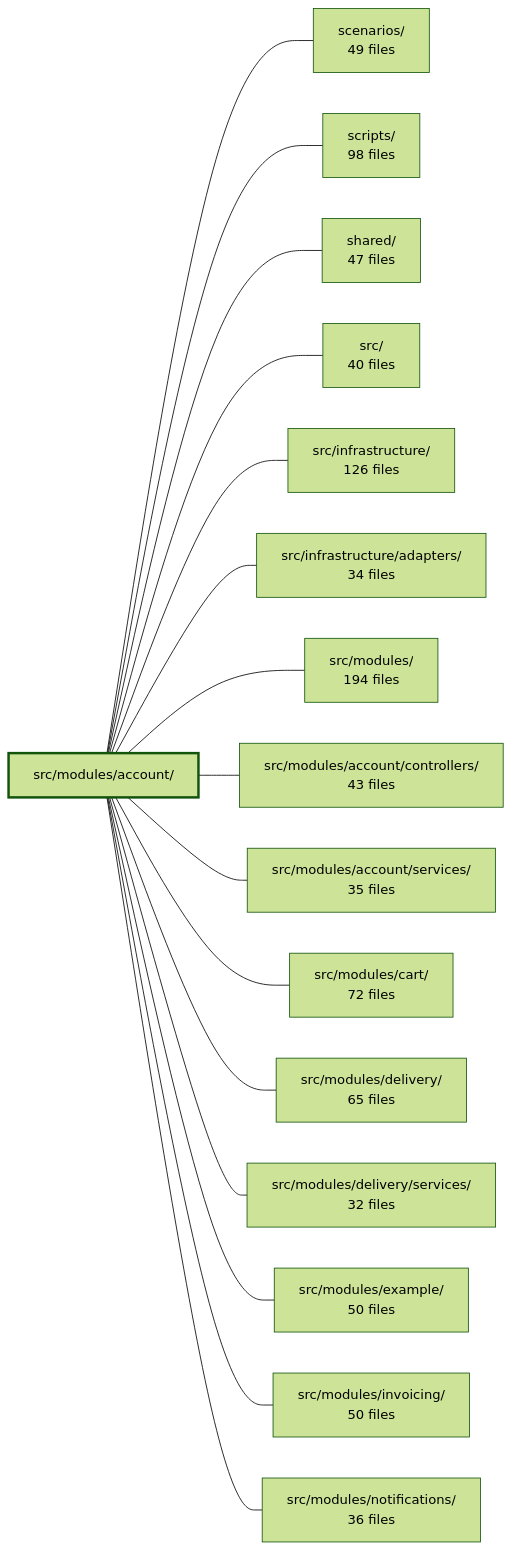
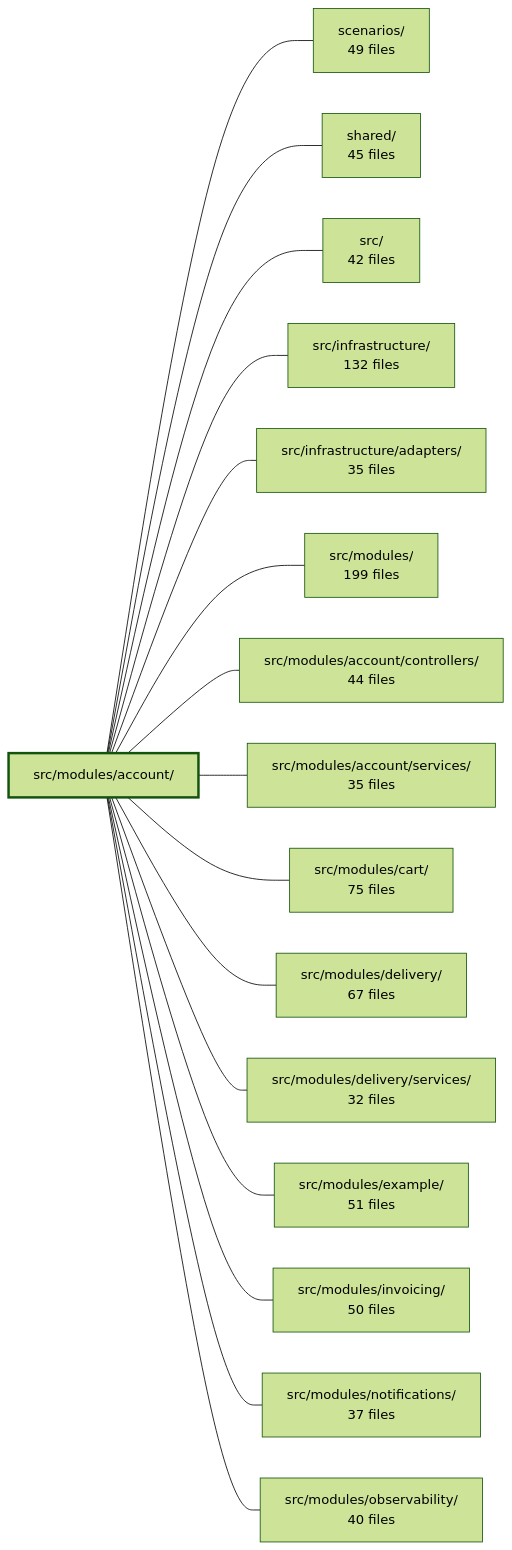
Before and after one commit to Guebbit/boilerplate-node-backend: the diagram in .2brain/modules/boilerplate-node-backend_src_modules_account.md, drawn with Mermaid (forest theme). The commit also changed other lines of this file and 1102 other files, not shown here.

````diff
--- a/.2brain/modules/boilerplate-node-backend_src_modules_account.md
+++ b/.2brain/modules/boilerplate-node-backend_src_modules_account.md
@@ -44,35 +44,35 @@
 ```mermaid
 flowchart LR
     m_src_modules_account["src/modules/account/"]
     m_scenarios["scenarios/<br/>49 files"]
-    m_scripts["scripts/<br/>98 files"]
-    m_shared["shared/<br/>47 files"]
-    m_src["src/<br/>40 files"]
-    m_src_infrastructure["src/infrastructure/<br/>126 files"]
-    m_src_infrastructure_adapters["src/infrastructure/adapters/<br/>34 files"]
-    m_src_modules["src/modules/<br/>194 files"]
-    m_src_modules_account_controllers["src/modules/account/controllers/<br/>43 files"]
+    m_shared["shared/<br/>45 files"]
+    m_src["src/<br/>42 files"]
+    m_src_infrastructure["src/infrastructure/<br/>132 files"]
+    m_src_infrastructure_adapters["src/infrastructure/adapters/<br/>35 files"]
+    m_src_modules["src/modules/<br/>199 files"]
+    m_src_modules_account_controllers["src/modules/account/controllers/<br/>44 files"]
     m_src_modules_account_services["src/modules/account/services/<br/>35 files"]
-    m_src_modules_cart["src/modules/cart/<br/>72 files"]
-    m_src_modules_delivery["src/modules/delivery/<br/>65 files"]
+    m_src_modules_cart["src/modules/cart/<br/>75 files"]
+    m_src_modules_delivery["src/modules/delivery/<br/>67 files"]
     m_src_modules_delivery_services["src/modules/delivery/services/<br/>32 files"]
-    m_src_modules_example["src/modules/example/<br/>50 files"]
+    m_src_modules_example["src/modules/example/<br/>51 files"]
     m_src_modules_invoicing["src/modules/invoicing/<br/>50 files"]
-    m_src_modules_notifications["src/modules/notifications/<br/>36 files"]
+    m_src_modules_notifications["src/modules/notifications/<br/>37 files"]
+    m_src_modules_observability["src/modules/observability/<br/>40 files"]
     m_src_modules_account --- m_scenarios
-    m_src_modules_account --- m_scripts
     m_src_modules_account --- m_shared
     m_src_modules_account --- m_src
     m_src_modules_account --- m_src_infrastructure
     m_src_modules_account --- m_src_infrastructure_adapters
     m_src_modules_account --- m_src_modules
     m_src_modules_account --- m_src_modules_account_controllers
     m_src_modules_account --- m_src_modules_account_services
     m_src_modules_account --- m_src_modules_cart
     m_src_modules_account --- m_src_modules_delivery
     m_src_modules_account --- m_src_modules_delivery_services
     m_src_modules_account --- m_src_modules_example
     m_src_modules_account --- m_src_modules_invoicing
     m_src_modules_account --- m_src_modules_notifications
+    m_src_modules_account --- m_src_modules_observability
     style m_src_modules_account stroke-width:3px
 ```
````
